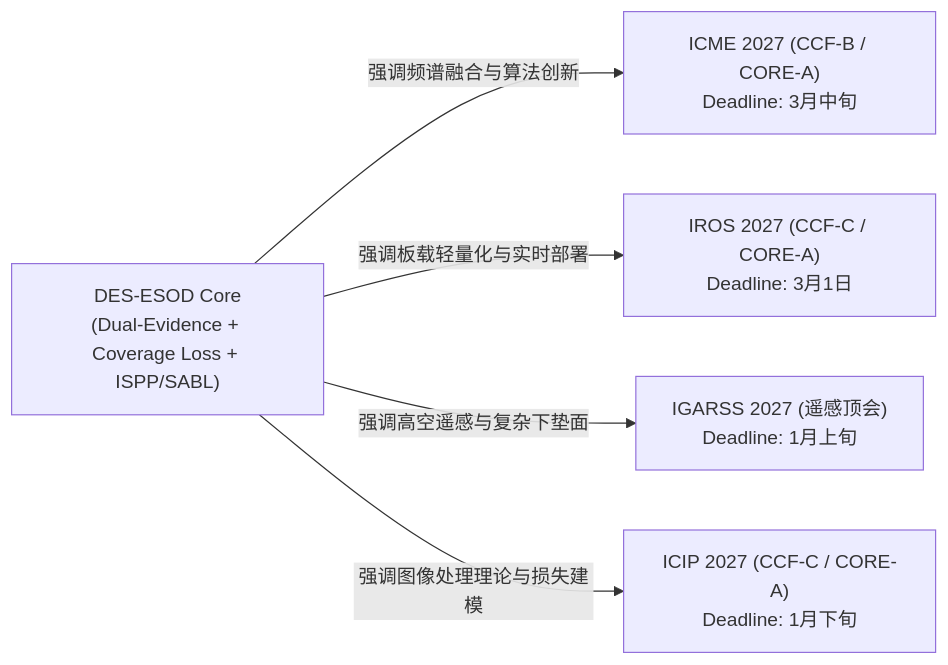
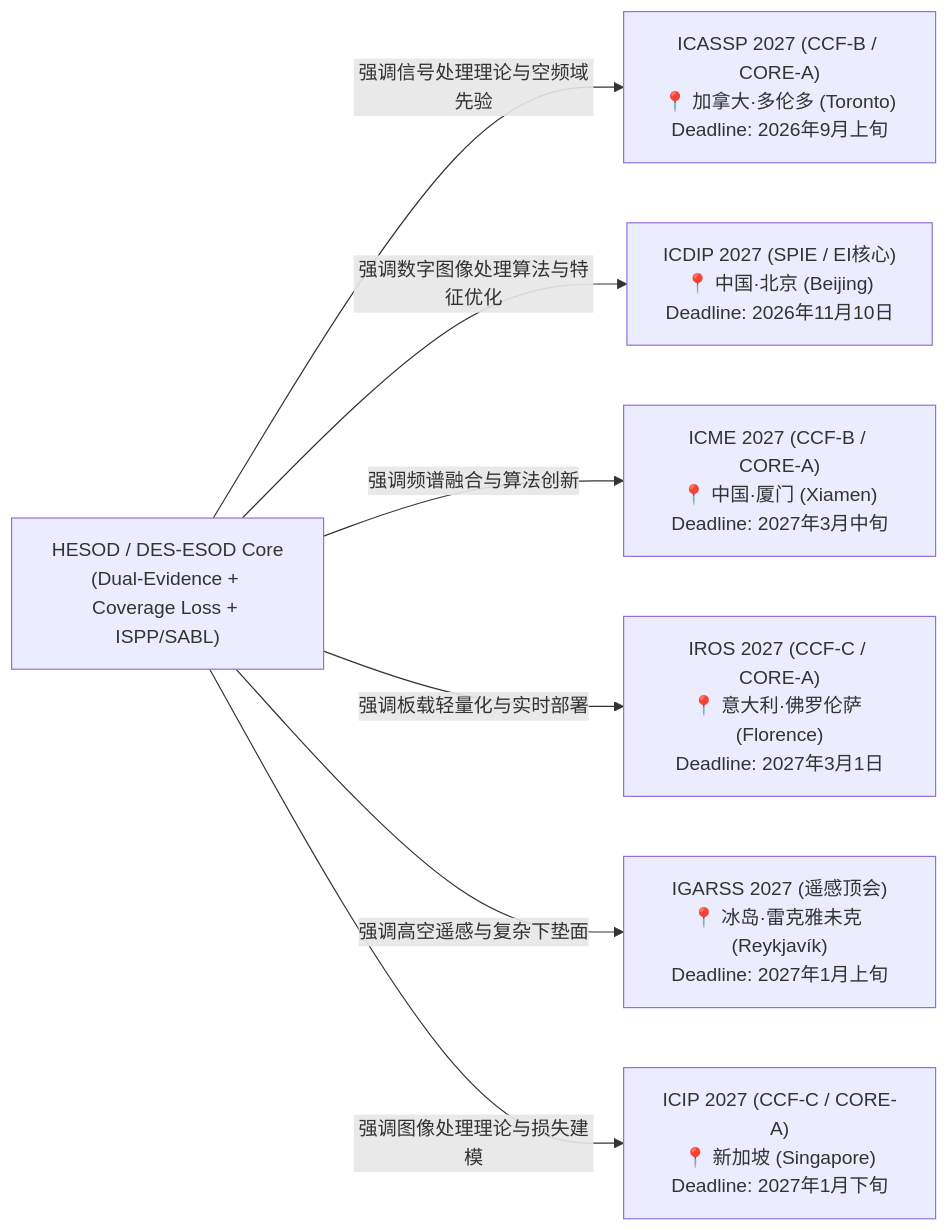
The diagram in SUBMISSION_TARGETS.md (jiaweizhong/BCRS), drawn with Mermaid before and after one commit. The commit also changed other lines of this file and 2 other files, not shown here.

````diff
--- a/SUBMISSION_TARGETS.md
+++ b/SUBMISSION_TARGETS.md
@@ -21,9 +23,11 @@
 ```mermaid
 graph LR
-    Core["DES-ESOD Core<br/>(Dual-Evidence + Coverage Loss + ISPP/SABL)"]
+    Core["HESOD / DES-ESOD Core<br/>(Dual-Evidence + Coverage Loss + ISPP/SABL)"]
     
-    Core -->|强调频谱融合与算法创新| ICME["ICME 2027 (CCF-B / CORE-A)<br/>Deadline: 3月中旬"]
-    Core -->|强调板载轻量化与实时部署| IROS["IROS 2027 (CCF-C / CORE-A)<br/>Deadline: 3月1日"]
-    Core -->|强调高空遥感与复杂下垫面| IGARSS["IGARSS 2027 (遥感顶会)<br/>Deadline: 1月上旬"]
-    Core -->|强调图像处理理论与损失建模| ICIP["ICIP 2027 (CCF-C / CORE-A)<br/>Deadline: 1月下旬"]
+    Core -->|强调信号处理理论与空频域先验| ICASSP["ICASSP 2027 (CCF-B / CORE-A)<br/>📍 加拿大·多伦多 (Toronto)<br/>Deadline: 2026年9月上旬"]
+    Core -->|强调数字图像处理算法与特征优化| ICDIP["ICDIP 2027 (SPIE / EI核心)<br/>📍 中国·北京 (Beijing)<br/>Deadline: 2026年11月10日"]
+    Core -->|强调频谱融合与算法创新| ICME["ICME 2027 (CCF-B / CORE-A)<br/>📍 中国·厦门 (Xiamen)<br/>Deadline: 2027年3月中旬"]
+    Core -->|强调板载轻量化与实时部署| IROS["IROS 2027 (CCF-C / CORE-A)<br/>📍 意大利·佛罗伦萨 (Florence)<br/>Deadline: 2027年3月1日"]
+    Core -->|强调高空遥感与复杂下垫面| IGARSS["IGARSS 2027 (遥感顶会)<br/>📍 冰岛·雷克雅未克 (Reykjavík)<br/>Deadline: 2027年1月上旬"]
+    Core -->|强调图像处理理论与损失建模| ICIP["ICIP 2027 (CCF-C / CORE-A)<br/>📍 新加坡 (Singapore)<br/>Deadline: 2027年1月下旬"]
 ```
````
